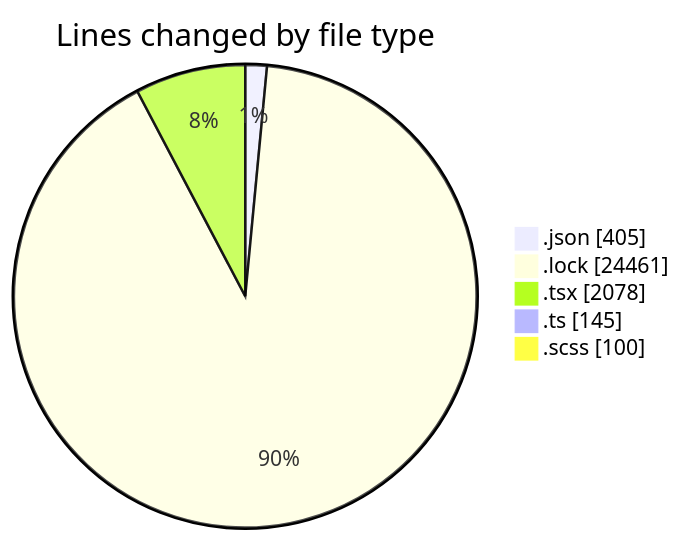
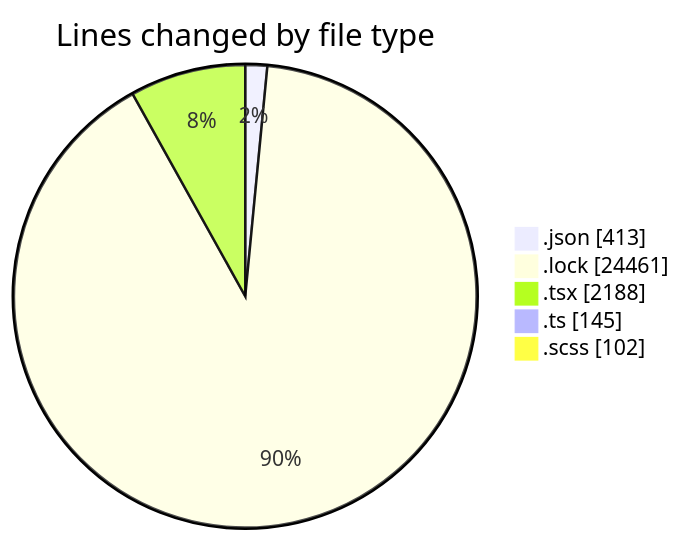
Before and after one commit to momahboobian/code-tracking: the first of 2 diagrams in 2026-05-14/cda/README.md, drawn with Mermaid. The commit also changed other lines of this file and 1 other file, not shown here.

````diff
--- a/2026-05-14/cda/README.md
+++ b/2026-05-14/cda/README.md
@@ -37,9 +38,9 @@
 ```mermaid
 pie showData
 title Lines changed by file type
-".json" : 405
+".json" : 413
 ".lock" : 24461
-".tsx" : 2078
+".tsx" : 2188
 ".ts" : 145
-".scss" : 100
+".scss" : 102
 ```
````
